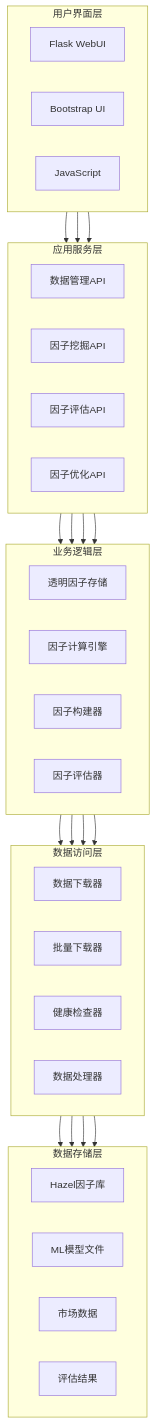
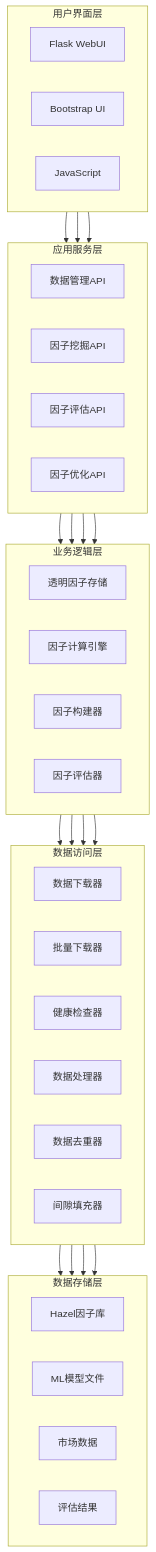
One commit to JupiterX3/FactorMiner changed the diagram in README.md. Above: the diagram before and after it, drawn with Mermaid. The commit also changed other lines of this file and 28 other files, not shown here.

````diff
--- a/README.md
+++ b/README.md
@@ -123,60 +125,62 @@
 ```mermaid
 graph TB
     subgraph "用户界面层"
         direction LR
         UI1[Flask WebUI]
         UI2[Bootstrap UI]
         UI3[JavaScript]
     end
     
     subgraph "应用服务层"
         direction LR
         APP1[数据管理API]
         APP2[因子挖掘API]
         APP3[因子评估API]
         APP4[因子优化API]
     end
     
     subgraph "业务逻辑层"
         direction LR
         BIZ1[透明因子存储]
         BIZ2[因子计算引擎]
         BIZ3[因子构建器]
         BIZ4[因子评估器]
     end
     
     subgraph "数据访问层"
         direction LR
         DAL1[数据下载器]
         DAL2[批量下载器]
         DAL3[健康检查器]
         DAL4[数据处理器]
+        DAL5[数据去重器]
+        DAL6[间隙填充器]
     end
     
     subgraph "数据存储层"
         direction LR
         DATA1[Hazel因子库]
         DATA2[ML模型文件]
         DATA3[市场数据]
         DATA4[评估结果]
     end
     
     UI1 --> APP1
     UI2 --> APP2
     UI3 --> APP3
     
     APP1 --> BIZ1
     APP2 --> BIZ2
     APP3 --> BIZ3
     APP4 --> BIZ4
     
     BIZ1 --> DAL1
     BIZ2 --> DAL2
     BIZ3 --> DAL3
     BIZ4 --> DAL4
     
     DAL1 --> DATA1
     DAL2 --> DATA2
     DAL3 --> DATA3
     DAL4 --> DATA4
 ```
````
